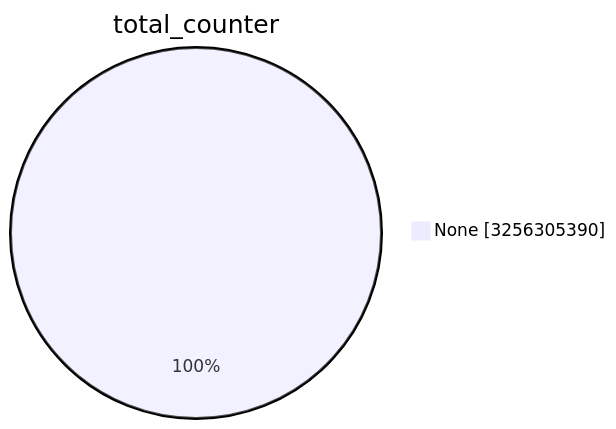
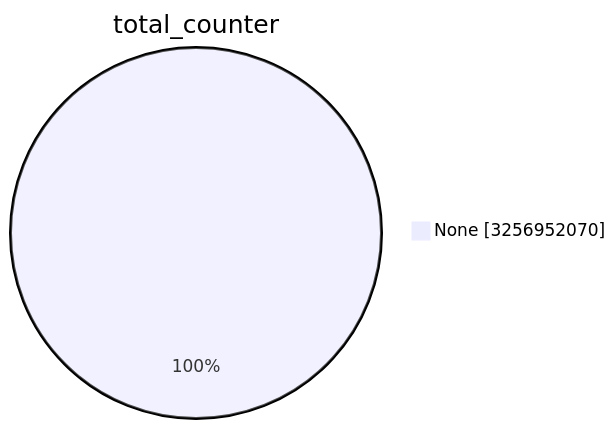
One commit to christiankrug/ctmonitor_visualization changed the first of 15 diagrams in TOTAL/README.md. Above: the diagram before and after it, drawn with Mermaid. The commit also changed other lines of this file, not shown here.

````diff
--- a/TOTAL/README.md
+++ b/TOTAL/README.md
@@ -1,5 +1,5 @@
 ```mermaid
 pie showData
 title total_counter
-"None" :3256305390
+"None" :3256952070
 ```
````
